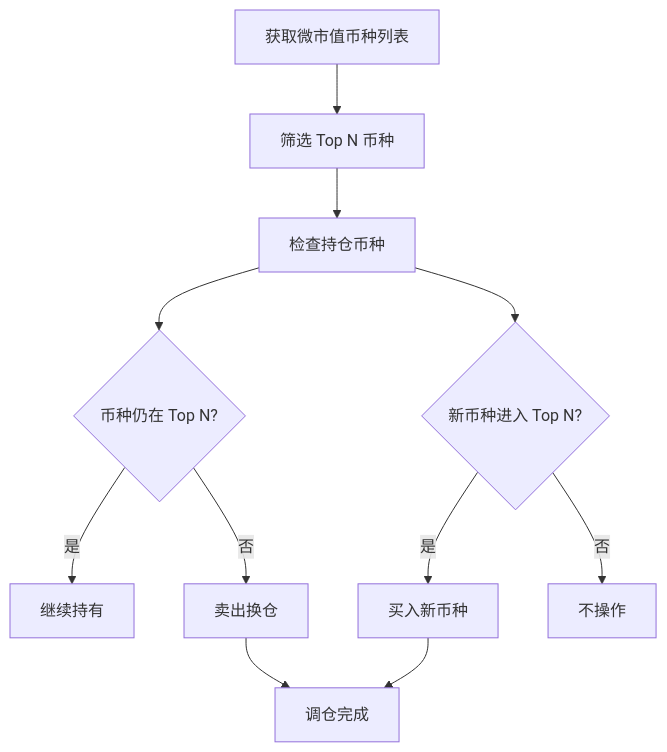
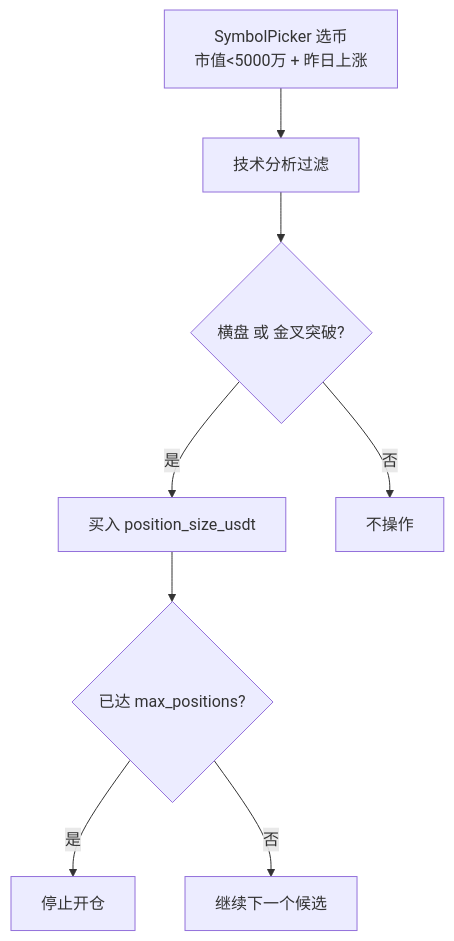
One commit to cqlwm/trading-service changed the fourth of 5 diagrams in architecture_document/04-strategy-engine.md. Above: the diagram before and after it, drawn with Mermaid. The commit also changed other lines of this file and 4 other files, not shown here.

````diff
--- a/architecture_document/04-strategy-engine.md
+++ b/architecture_document/04-strategy-engine.md
@@ -283,16 +279,10 @@
 ```mermaid
 graph TD
-    A[获取微市值币种列表] --> B[筛选 Top N 币种]
-    B --> C[检查持仓币种]
-    
-    C --> D{币种仍在 Top N?}
-    D -->|是| E[继续持有]
-    D -->|否| F[卖出换仓]
-    
-    C --> G{新币种进入 Top N?}
-    G -->|是| H[买入新币种]
-    G -->|否| I[不操作]
-    
-    F --> J[调仓完成]
-    H --> J
+    A[SymbolPicker 选币<br/>市值<5000万 + 昨日上涨] --> B[技术分析过滤]
+    B --> C{横盘 或 金叉突破?}
+    C -->|是| D[买入 position_size_usdt]
+    C -->|否| E[不操作]
+    D --> F{已达 max_positions?}
+    F -->|是| G[停止开仓]
+    F -->|否| H[继续下一个候选]
 ```
````
